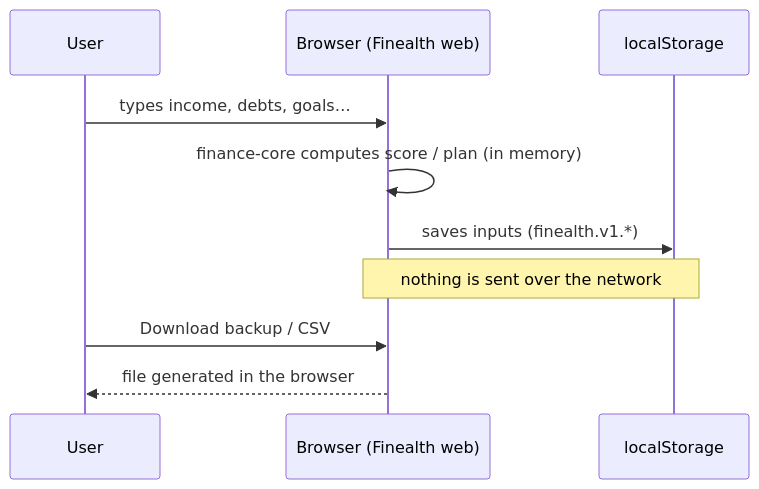
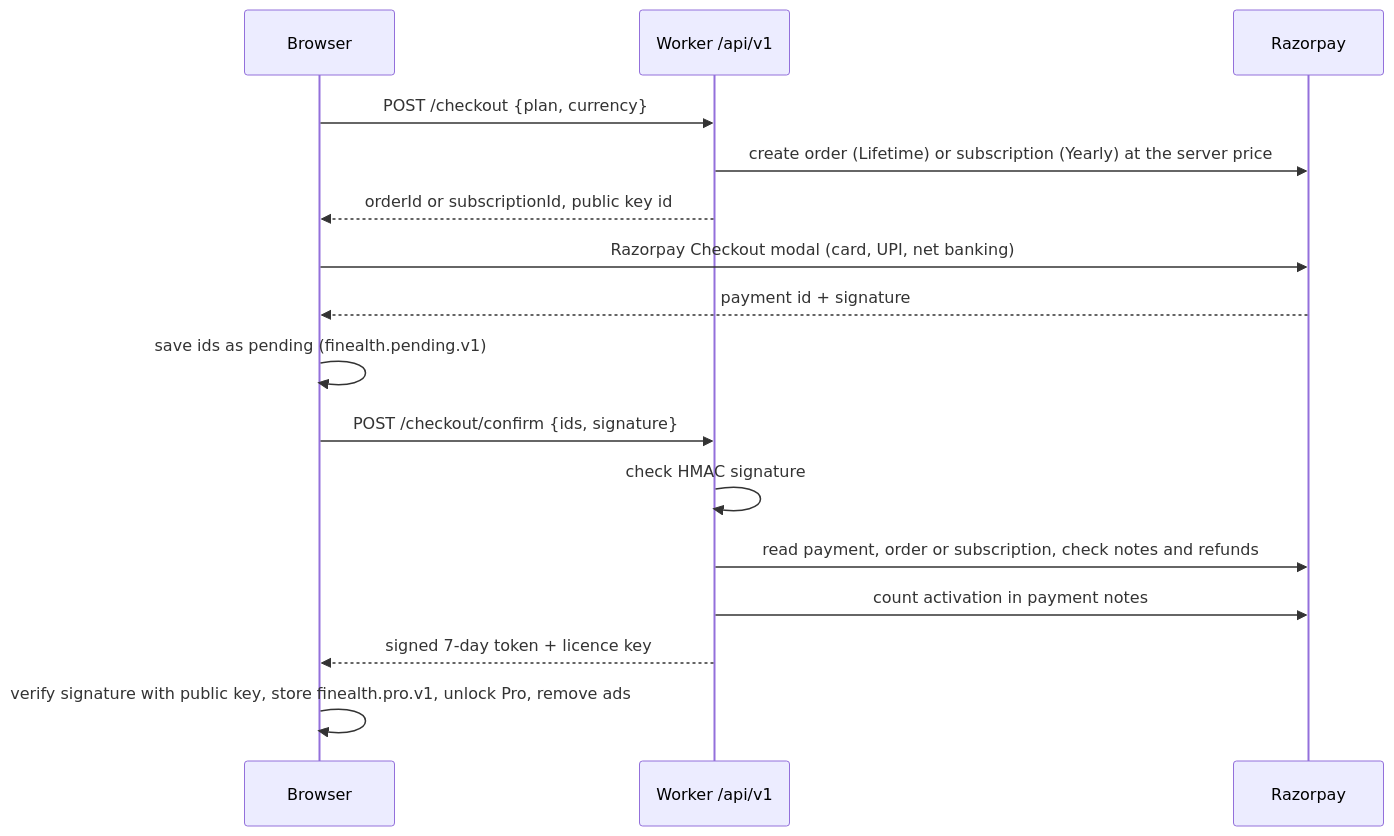
One commit to equisteg/finance-calculators changed the diagram in docs/diagrams/HLD-3.mmd. Above: the diagram before and after it, drawn with Mermaid. The commit also changed 20 other files, not shown here.

```diff
--- a/docs/diagrams/HLD-3.mmd
+++ b/docs/diagrams/HLD-3.mmd
@@ -1,10 +1,16 @@
 sequenceDiagram
-  participant U as User
-  participant B as Browser (Finealth web)
-  participant S as localStorage
-  U->>B: types income, debts, goals…
-  B->>B: finance-core computes score / plan (in memory)
-  B->>S: saves inputs (finealth.v1.*)
-  Note over B,S: nothing is sent over the network
-  U->>B: Download backup / CSV
-  B-->>U: file generated in the browser
+  participant B as Browser
+  participant W as Worker /api/v1
+  participant R as Razorpay
+  B->>W: POST /checkout {plan, currency}
+  W->>R: create order (Lifetime) or subscription (Yearly) at the server price
+  W-->>B: orderId or subscriptionId, public key id
+  B->>R: Razorpay Checkout modal (card, UPI, net banking)
+  R-->>B: payment id + signature
+  B->>B: save ids as pending (finealth.pending.v1)
+  B->>W: POST /checkout/confirm {ids, signature}
+  W->>W: check HMAC signature
+  W->>R: read payment, order or subscription, check notes and refunds
+  W->>R: count activation in payment notes
+  W-->>B: signed 7-day token + licence key
+  B->>B: verify signature with public key, store finealth.pro.v1, unlock Pro, remove ads
```
